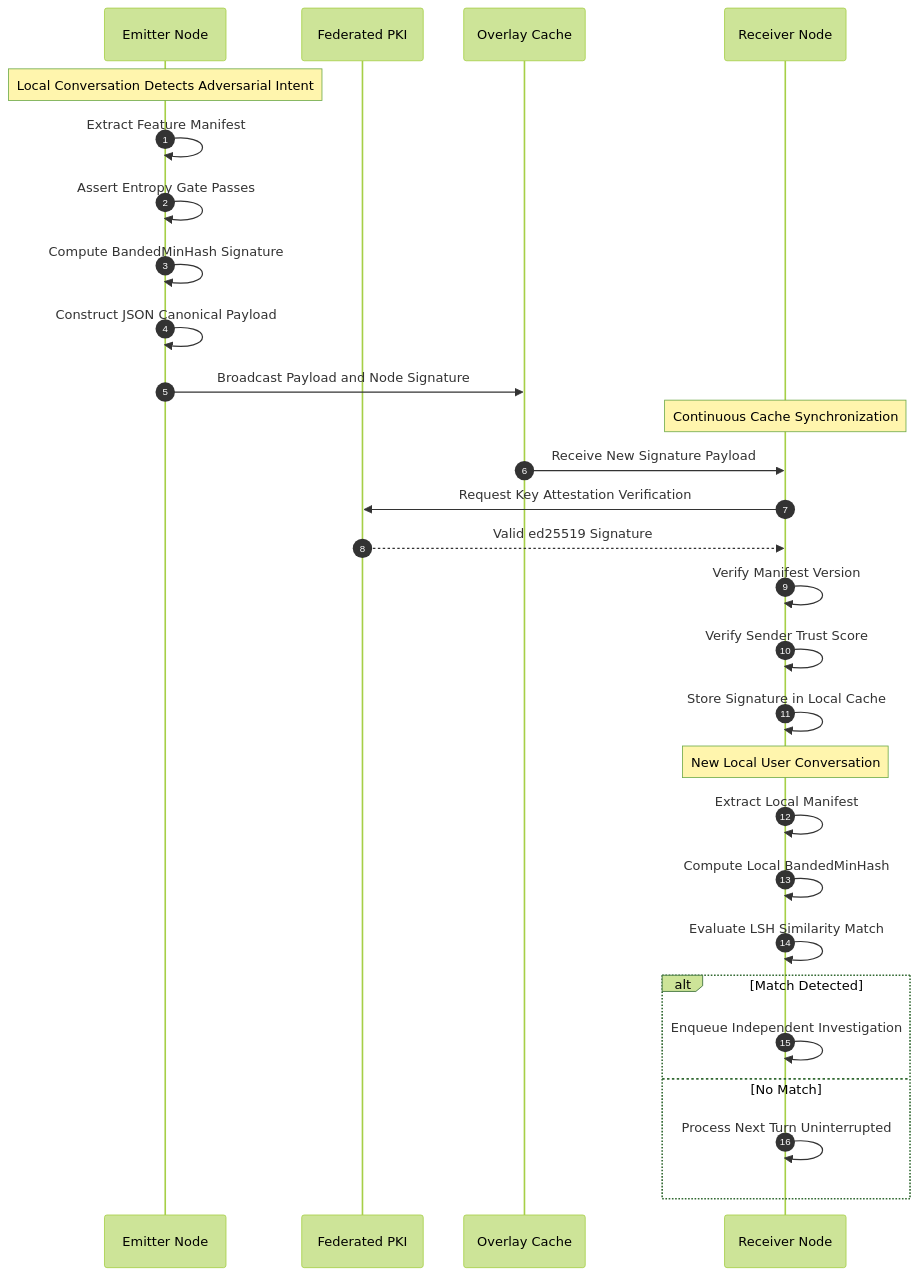
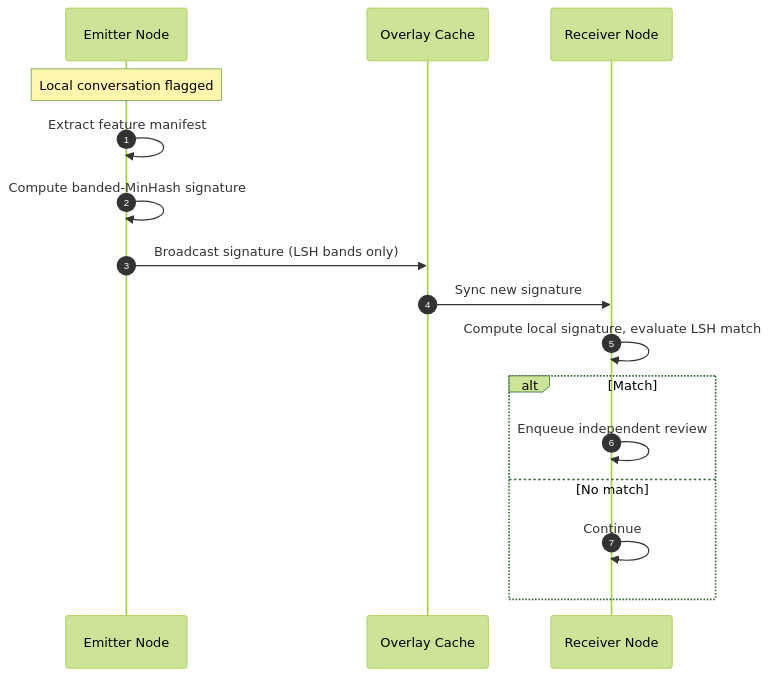
One commit to gillfahrawn/Adversarial-Intent-Telemetry changed the second of 2 diagrams in README.md. Above: the diagram before and after it, drawn with Mermaid (forest theme). The commit also changed other lines of this file, not shown here.

First line of the commit message:
Revise README for Adversarial Intent Telemetry

````diff
--- a/README.md
+++ b/README.md
@@ -62,34 +85,19 @@
 ```mermaid
 sequenceDiagram
     autonumber
     participant Emitter as Emitter Node
-    participant PKI as Federated PKI
     participant Cache as Overlay Cache
     participant Receiver as Receiver Node
 
-    Note over Emitter: Local Conversation Detects Adversarial Intent
-    Emitter->>Emitter: Extract Feature Manifest
-    Emitter->>Emitter: Assert Entropy Gate Passes
-    Emitter->>Emitter: Compute BandedMinHash Signature
-    Emitter->>Emitter: Construct JSON Canonical Payload
-    Emitter->>Cache: Broadcast Payload and Node Signature
-
-    Note over Receiver: Continuous Cache Synchronization
-    Cache->>Receiver: Receive New Signature Payload
-    Receiver->>PKI: Request Key Attestation Verification
-    PKI-->>Receiver: Valid ed25519 Signature
-    Receiver->>Receiver: Verify Manifest Version
-    Receiver->>Receiver: Verify Sender Trust Score
-    Receiver->>Receiver: Store Signature in Local Cache
-
-    Note over Receiver: New Local User Conversation
-    Receiver->>Receiver: Extract Local Manifest
-    Receiver->>Receiver: Compute Local BandedMinHash
-    Receiver->>Receiver: Evaluate LSH Similarity Match
-
-    alt Match Detected
-        Receiver->>Receiver: Enqueue Independent Investigation
-    else No Match
-        Receiver->>Receiver: Process Next Turn Uninterrupted
+    Note over Emitter: Local conversation flagged
+    Emitter->>Emitter: Extract feature manifest
+    Emitter->>Emitter: Compute banded-MinHash signature
+    Emitter->>Cache: Broadcast signature (LSH bands only)
+    Cache->>Receiver: Sync new signature
+    Receiver->>Receiver: Compute local signature, evaluate LSH match
+    alt Match
+        Receiver->>Receiver: Enqueue independent review
+    else No match
+        Receiver->>Receiver: Continue
     end
 ```
````
